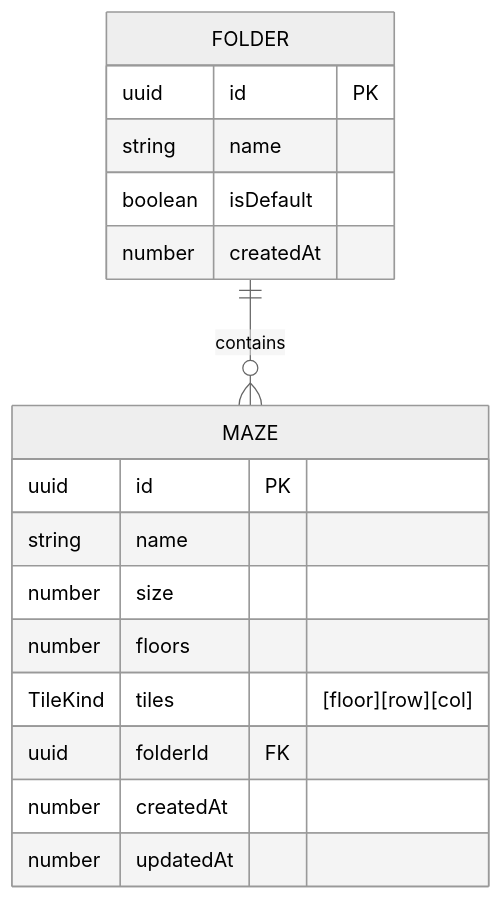
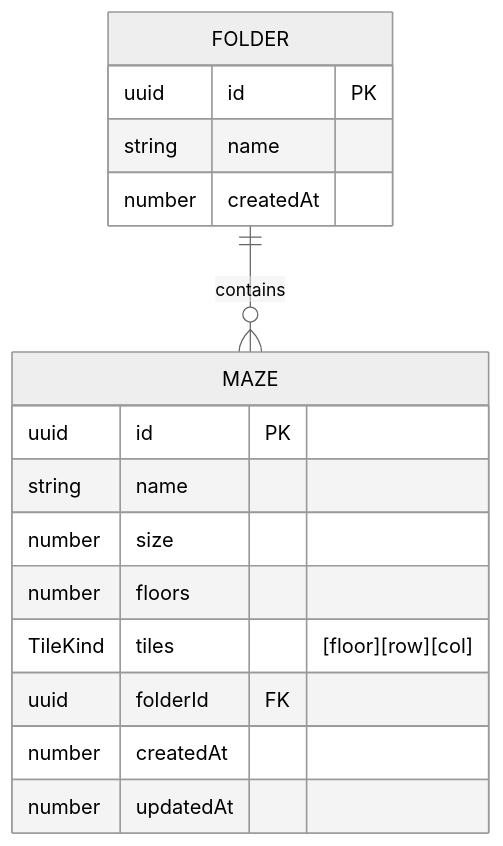
Before and after one commit to katsudon08/prog-path: the diagram in docs/db-design.md, drawn with Mermaid (neutral theme). The commit also changed other lines of this file and 34 other files, not shown here.

````diff
--- a/docs/db-design.md
+++ b/docs/db-design.md
@@ -29,20 +29,19 @@
 ```mermaid
 erDiagram
     FOLDER ||--o{ MAZE : contains
     FOLDER {
         uuid id PK
         string name
-        boolean isDefault
         number createdAt
     }
     MAZE {
         uuid id PK
         string name
         number size
         number floors
         TileKind tiles "[floor][row][col]"
         uuid folderId FK
         number createdAt
         number updatedAt
     }
 ```
````
